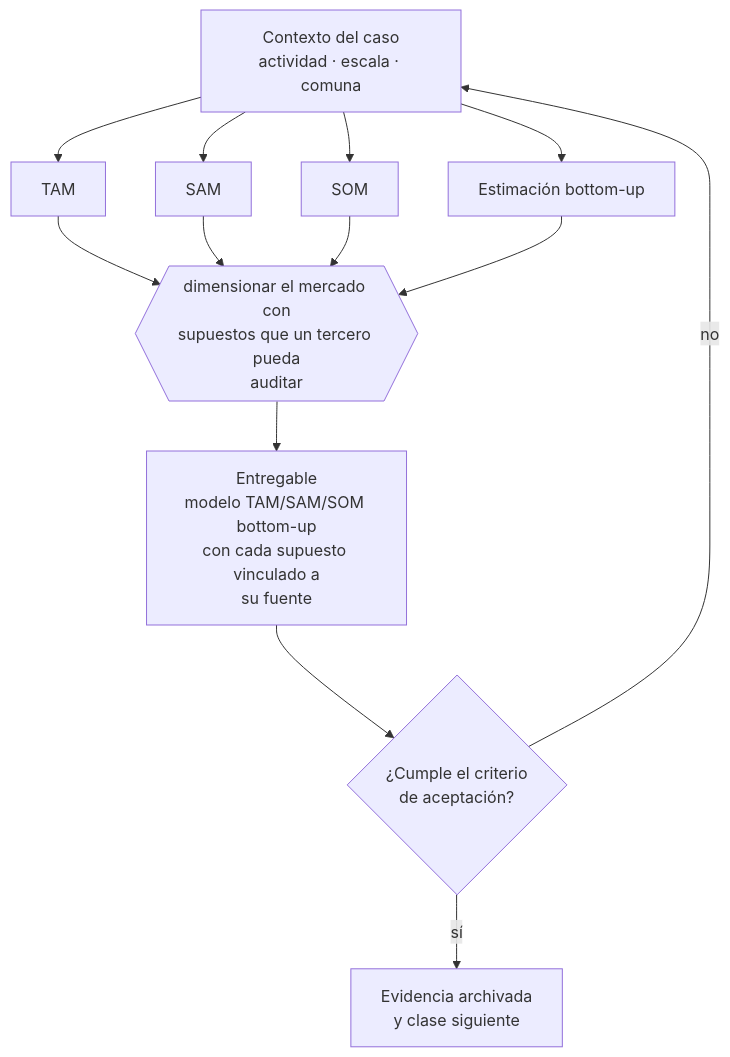
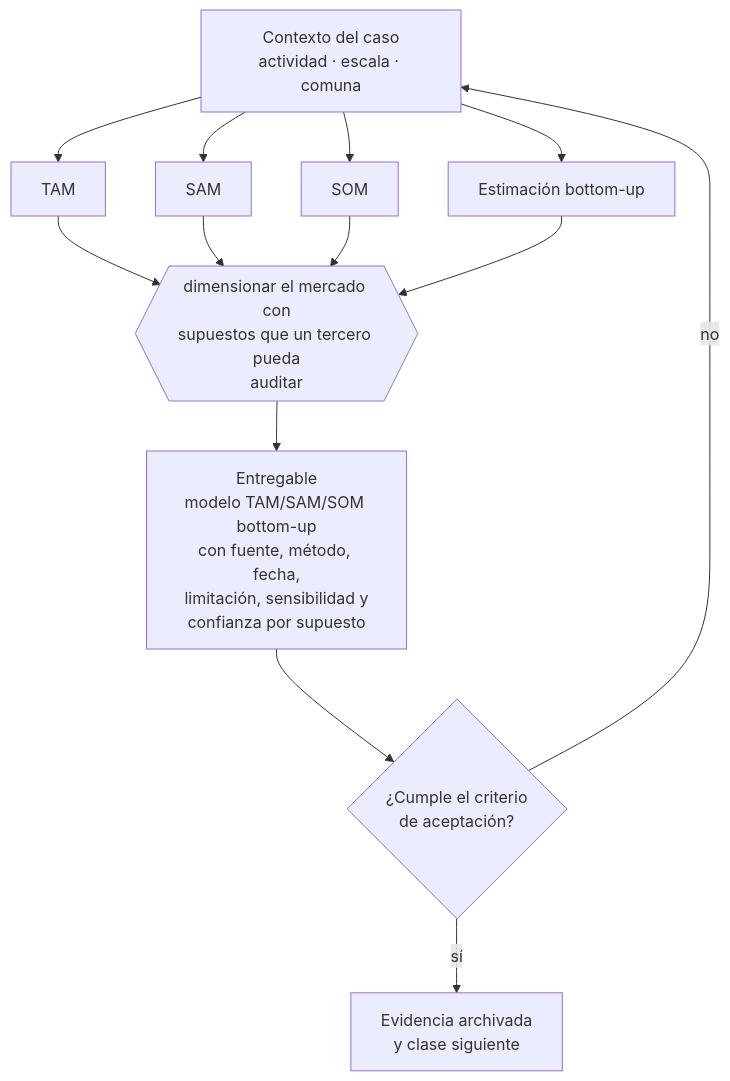
Before and after one commit to vladimiracunadev-create/modern-business-creation-program: the diagram in curriculum/part-02-descubrimiento-validacion-y-mercado/class-06-tamano-de-mercado-tam-sam-som/README.md, drawn with Mermaid. The commit also changed other lines of this file and 48 other files, not shown here.

````diff
--- a/curriculum/part-02-descubrimiento-validacion-y-mercado/class-06-tamano-de-mercado-tam-sam-som/README.md
+++ b/curriculum/part-02-descubrimiento-validacion-y-mercado/class-06-tamano-de-mercado-tam-sam-som/README.md
@@ -34,13 +34,13 @@
 ```mermaid
 flowchart TB
     C["Contexto del caso<br/>actividad · escala · comuna"]
     C --> A1["TAM"]
     C --> A2["SAM"]
     C --> A3["SOM"]
     C --> A4["Estimación bottom-up"]
     A1 & A2 & A3 & A4 --> D{{"dimensionar el mercado con<br/>supuestos que un tercero pueda<br/>auditar"}}
-    D --> E["Entregable<br/>modelo TAM/SAM/SOM bottom-up<br/>con cada supuesto vinculado a<br/>su fuente"]
+    D --> E["Entregable<br/>modelo TAM/SAM/SOM bottom-up<br/>con fuente, método, fecha,<br/>limitación, sensibilidad y<br/>confianza por supuesto"]
     E --> V{"¿Cumple el criterio<br/>de aceptación?"}
     V -->|sí| S["Evidencia archivada<br/>y clase siguiente"]
     V -->|no| C
 ```
````
